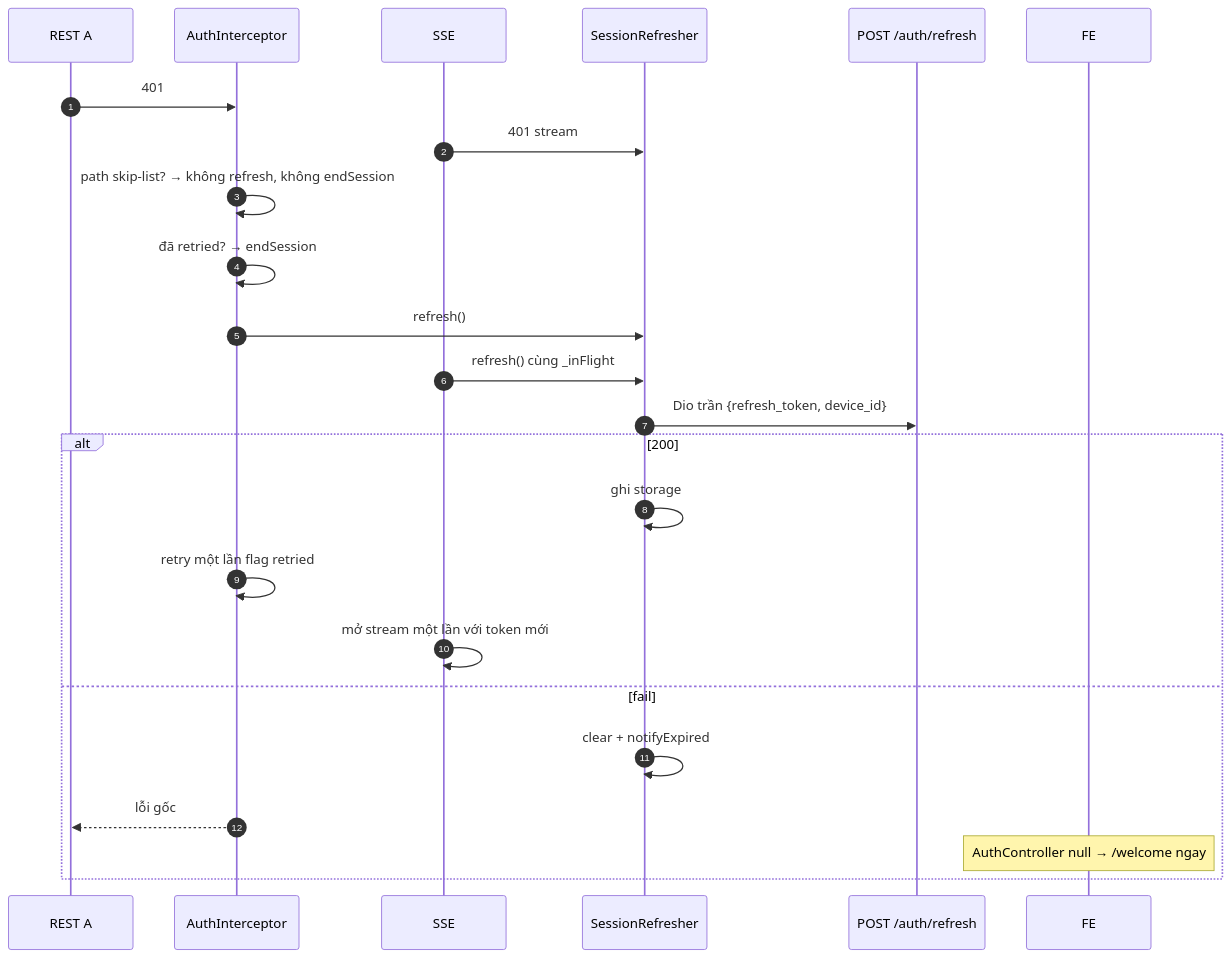
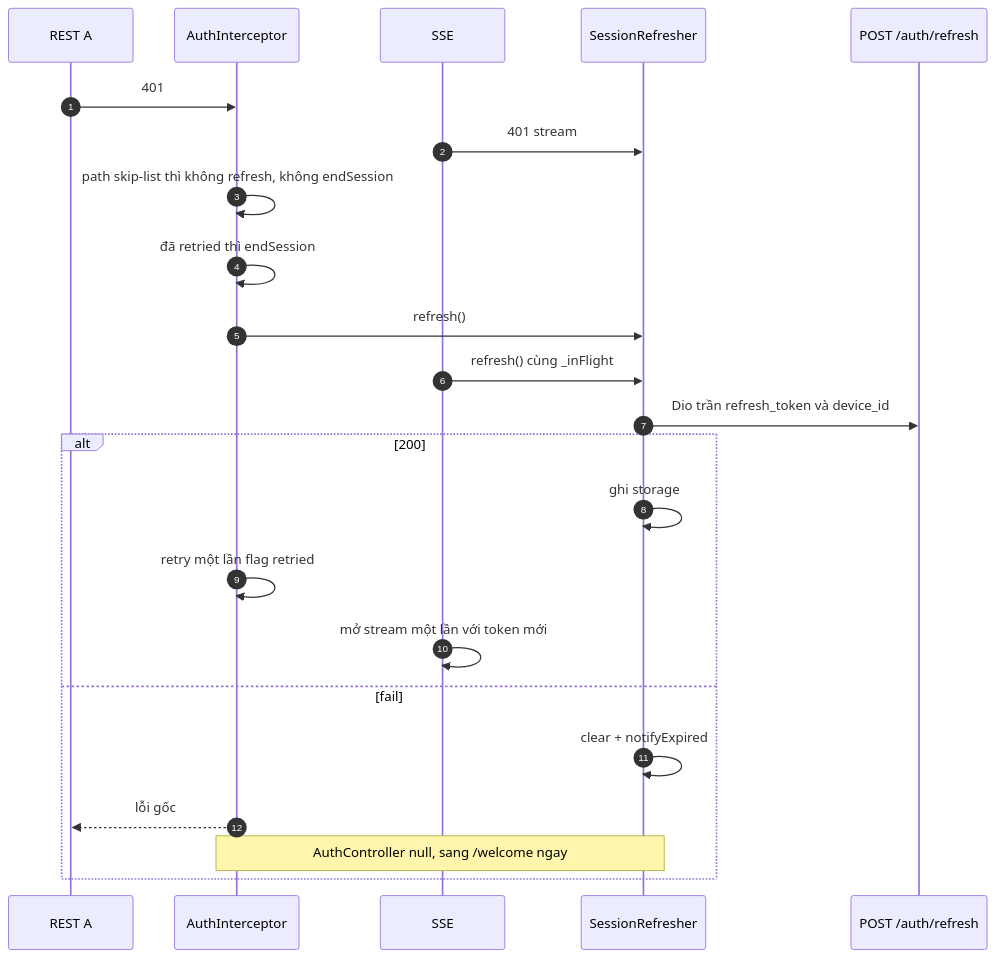
The third of 6 diagrams in flow/07-app-startup-network.md (FintechVSF-Tranning/PaySplit-RP), drawn with Mermaid before and after one commit. The commit also changed other lines of this file and 7 other files, not shown here.

First line of the commit message:
Refactor notification flow and admin management documentation

````diff
--- a/flow/07-app-startup-network.md
+++ b/flow/07-app-startup-network.md
@@ -153,26 +172,26 @@
 ```mermaid
 sequenceDiagram
     autonumber
     participant A as REST A
     participant I as AuthInterceptor
     participant S as SSE
     participant SR as SessionRefresher
     participant BE as POST /auth/refresh
 
     A->>I: 401
     S->>SR: 401 stream
-    I->>I: path skip-list? → không refresh, không endSession
-    I->>I: đã retried? → endSession
+    I->>I: path skip-list thì không refresh, không endSession
+    I->>I: đã retried thì endSession
     I->>SR: refresh()
     S->>SR: refresh() cùng _inFlight
-    SR->>BE: Dio trần {refresh_token, device_id}
+    SR->>BE: Dio trần refresh_token và device_id
     alt 200
         SR->>SR: ghi storage
         I->>I: retry một lần flag retried
         S->>S: mở stream một lần với token mới
     else fail
         SR->>SR: clear + notifyExpired
         I-->>A: lỗi gốc
-        Note over FE: AuthController null → /welcome ngay
+        Note over I,SR: AuthController null, sang /welcome ngay
     end
 ```
````
